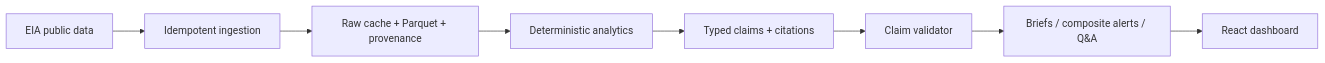
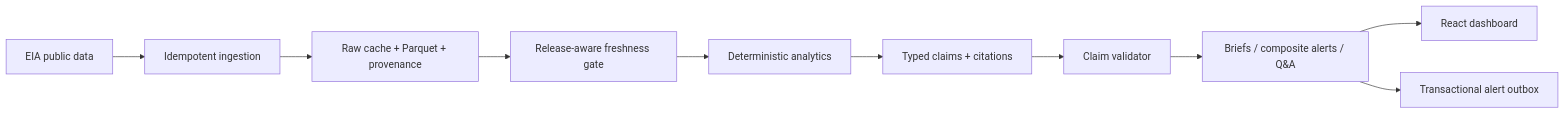
The diagram in README.md (Svyable/oil-signal), drawn with Mermaid before and after one commit. The commit also changed other lines of this file and 3 other files, not shown here.

Commit message:
docs: document live freshness and durable alert delivery

````diff
--- a/README.md
+++ b/README.md
@@ -13,10 +13,12 @@
 ```mermaid
 flowchart LR
     EIA[EIA public data] --> ING[Idempotent ingestion]
     ING --> STORE[Raw cache + Parquet + provenance]
-    STORE --> CALC[Deterministic analytics]
+    STORE --> FRESH[Release-aware freshness gate]
+    FRESH --> CALC[Deterministic analytics]
     CALC --> CLAIM[Typed claims + citations]
     CLAIM --> GATE[Claim validator]
     GATE --> BRIEF[Briefs / composite alerts / Q&A]
     BRIEF --> UI[React dashboard]
+    BRIEF --> OUTBOX[Transactional alert outbox]
 ```
````
